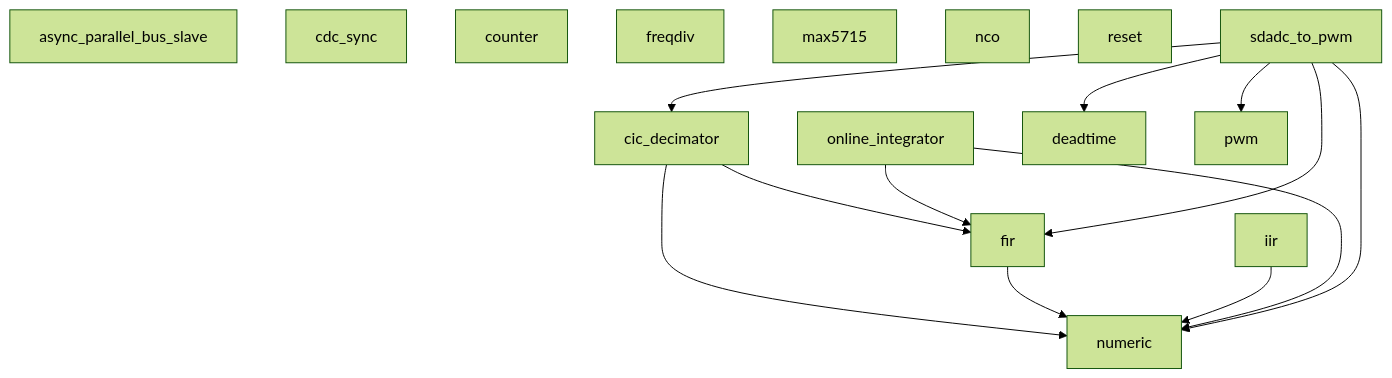
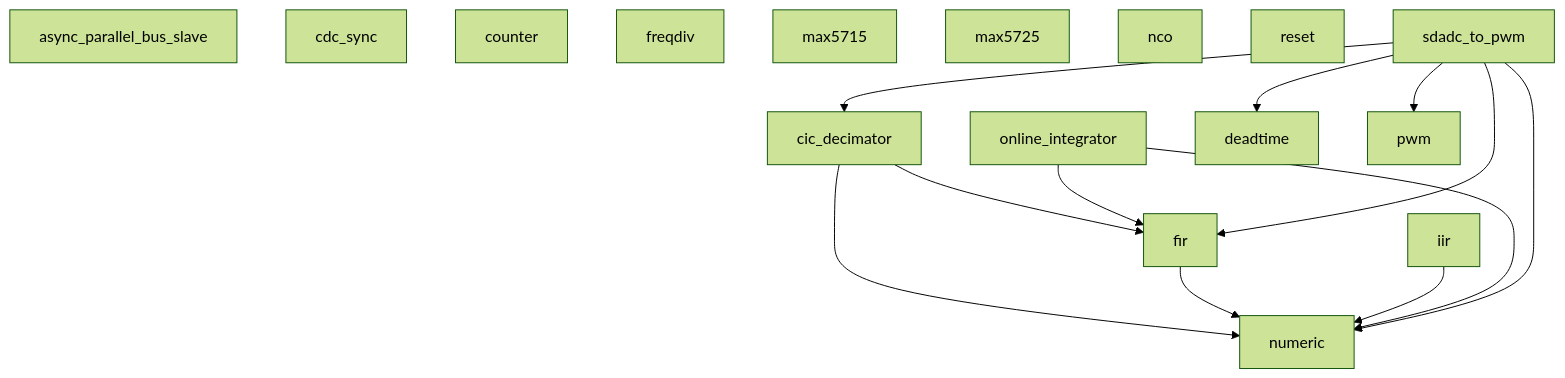
The diagram in README.md (Zubax/kulibin), drawn with Mermaid (forest theme) before and after one commit. The commit also changed other lines of this file and 34 other files, not shown here.

````diff
--- a/README.md
+++ b/README.md
@@ -37,22 +39,23 @@
 ```mermaid
 graph TD
     %% auto-generated by hierarchy.py — do not edit
     async_parallel_bus_slave
     cdc_sync
     cic_decimator --> fir
     cic_decimator --> numeric
     counter
     fir --> numeric
     freqdiv
     iir --> numeric
     max5715
+    max5725
     nco
     online_integrator --> fir
     online_integrator --> numeric
     reset
     sdadc_to_pwm --> cic_decimator
     sdadc_to_pwm --> deadtime
     sdadc_to_pwm --> fir
     sdadc_to_pwm --> numeric
     sdadc_to_pwm --> pwm
 ```
````
